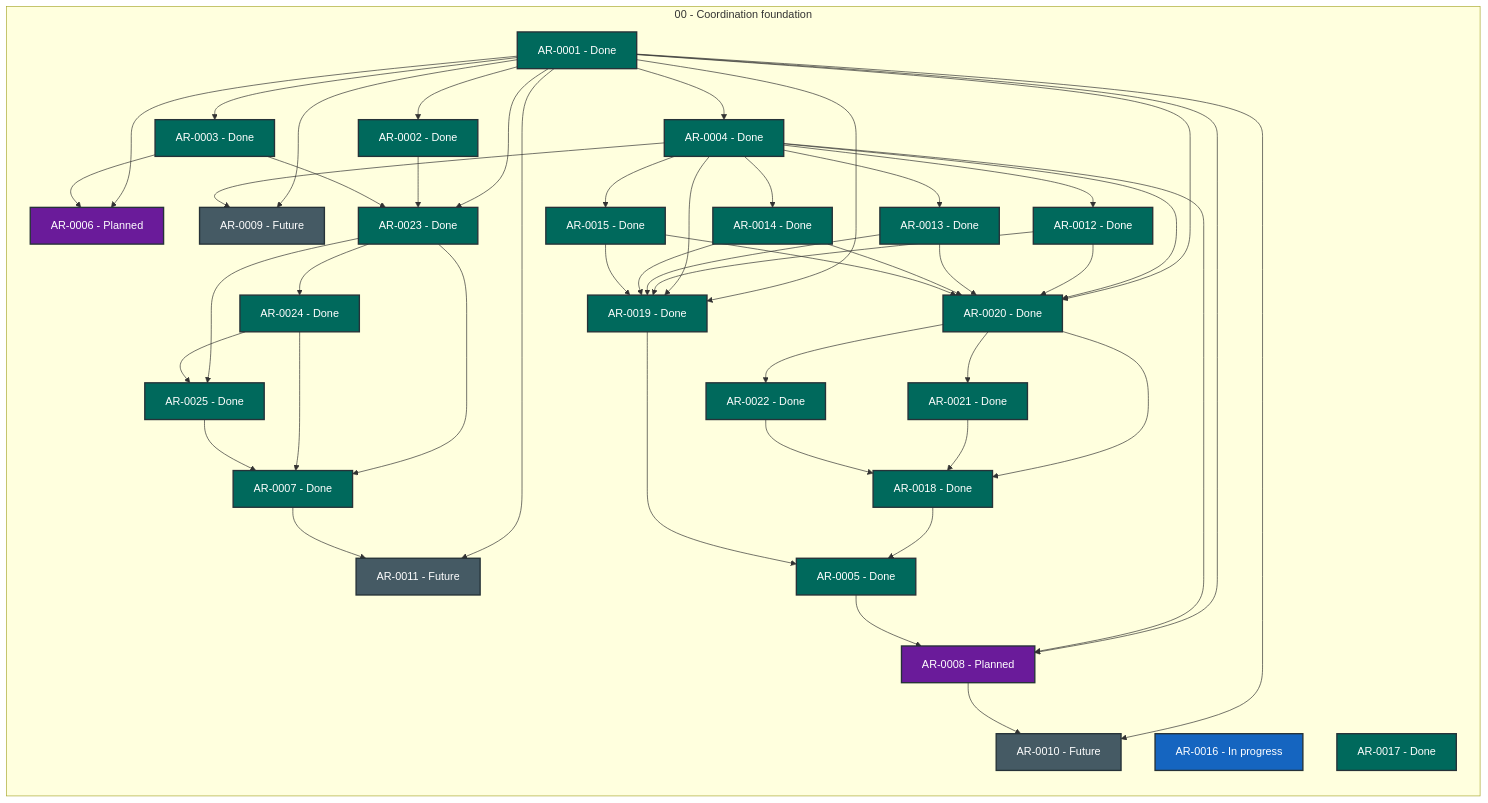
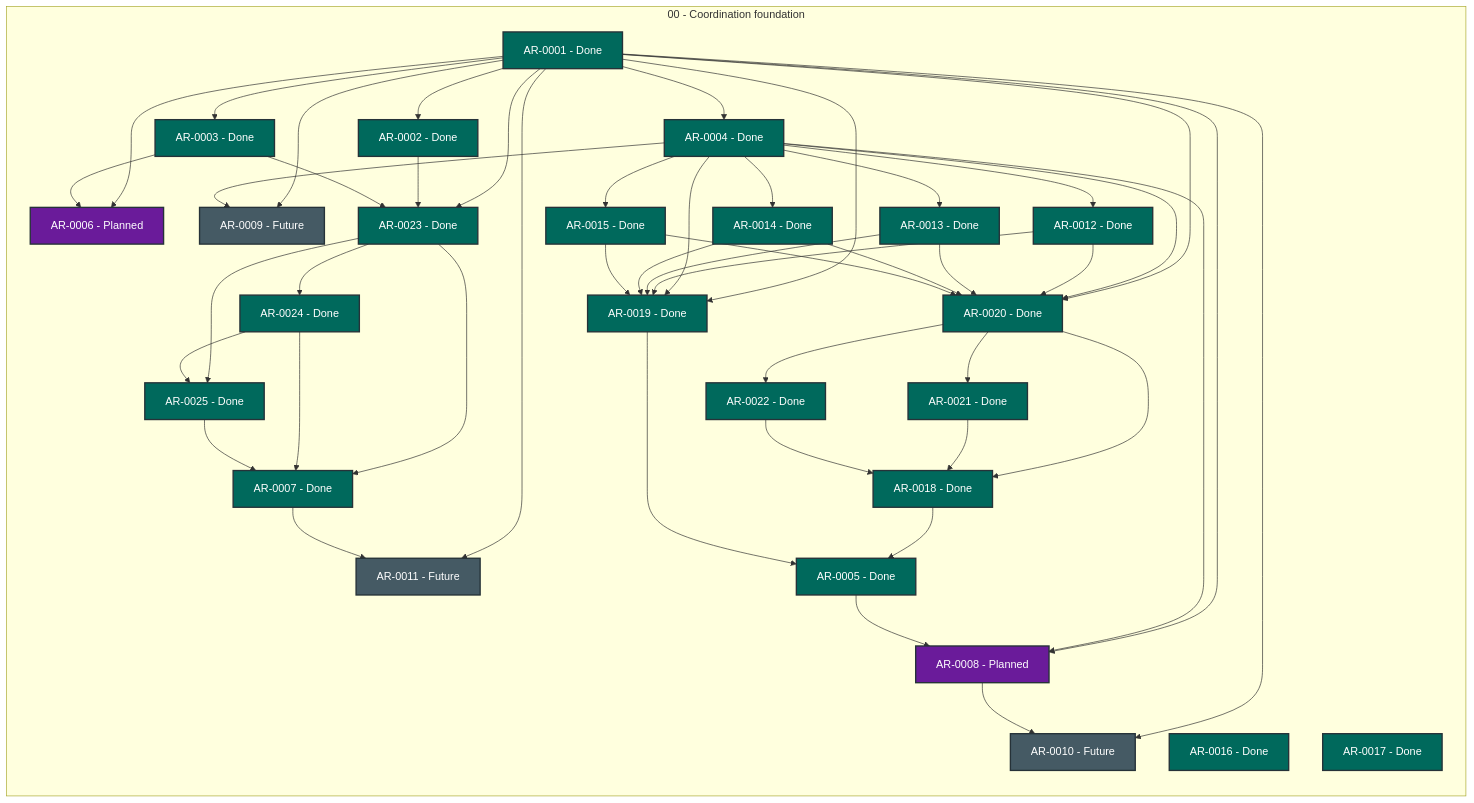
The diagram in STATUS.md (martin-beck/agent-workflow-quality-state), drawn with Mermaid before and after one commit. The commit also changed other lines of this file and 2 other files, not shown here.

```diff
--- a/STATUS.md
+++ b/STATUS.md
@@ -43,7 +43,7 @@
         AR_0013["AR-0013 - Done"]:::status_done
         AR_0014["AR-0014 - Done"]:::status_done
         AR_0015["AR-0015 - Done"]:::status_done
-        AR_0016["AR-0016 - In progress"]:::status_in_progress
+        AR_0016["AR-0016 - Done"]:::status_done
         AR_0017["AR-0017 - Done"]:::status_done
         AR_0018["AR-0018 - Done"]:::status_done
         AR_0019["AR-0019 - Done"]:::status_done
```
